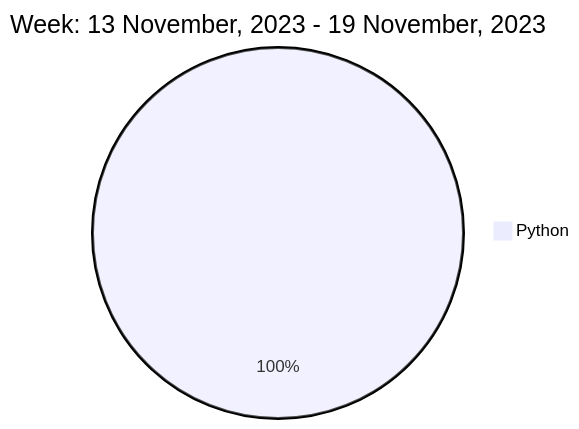
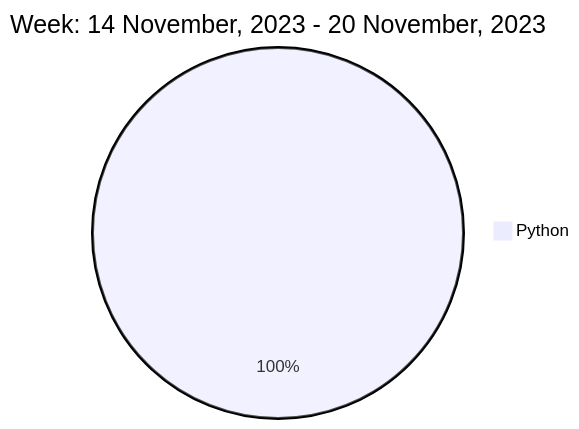
The diagram in README.md (liubin95/liubin95), drawn with Mermaid before and after one commit.

Commit message:
Updated the Graph with new Metrics

````diff
--- a/README.md
+++ b/README.md
@@ -37,5 +37,5 @@
 ```mermaid
  pie
-title Week: 13 November, 2023 - 19 November, 2023
+title Week: 14 November, 2023 - 20 November, 2023
  "Python" : 2.88
 ```
````
